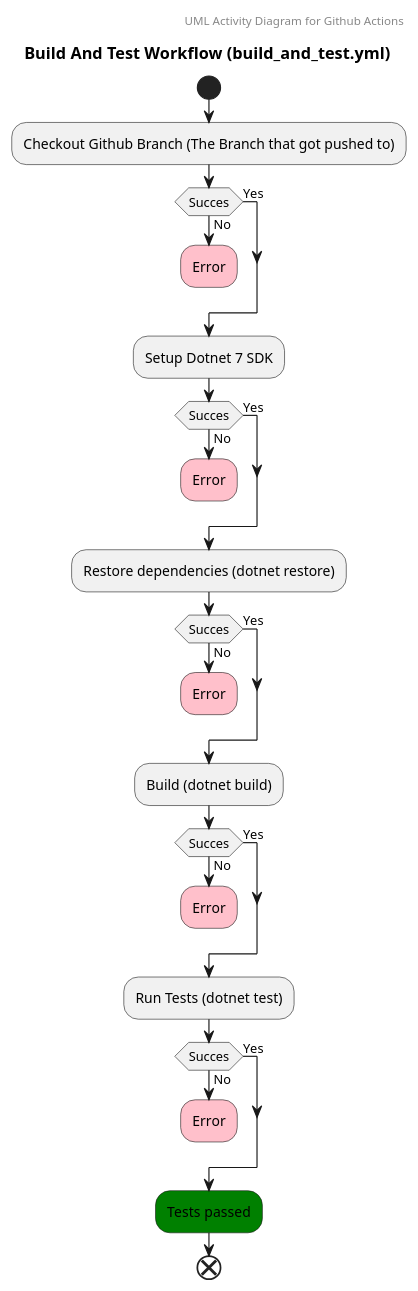
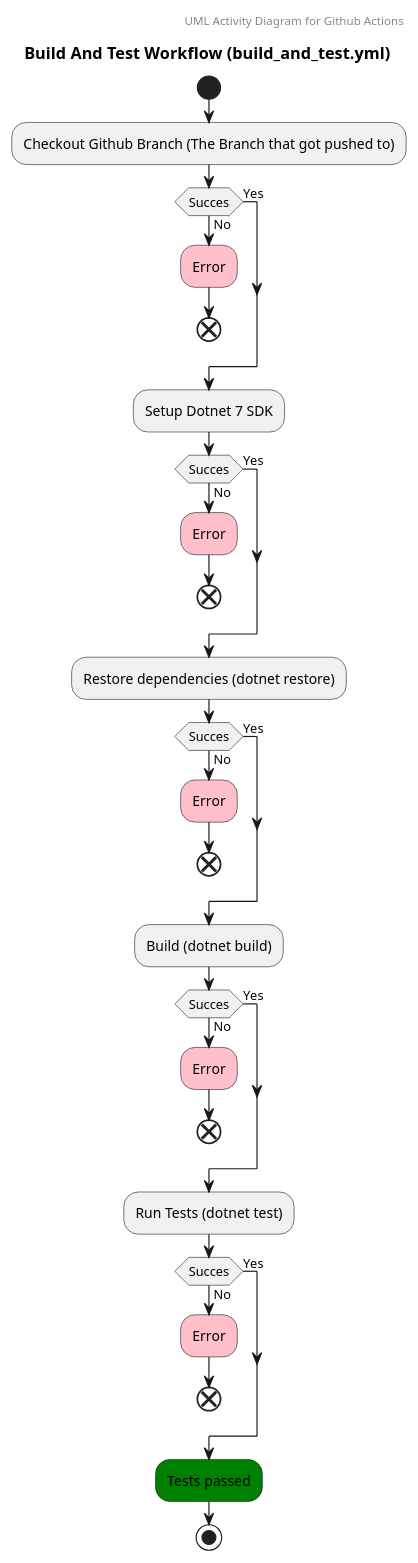
Before and after one commit to ITU-BDSA23-GROUP10/Chirp: the diagram in report_diagrams/UML_activity_diagrams/build_test_UML_act.puml, drawn with PlantUML. The commit also changed 4 other files, not shown here.

Commit message:
Added some more uml diagrams

```diff
--- a/report_diagrams/UML_activity_diagrams/build_test_UML_act.puml
+++ b/report_diagrams/UML_activity_diagrams/build_test_UML_act.puml
@@ -1,50 +1,50 @@
 @startuml
 header UML Activity Diagram for Github Actions
 title Build And Test Workflow (build_and_test.yml)
 start
 :Checkout Github Branch (The Branch that got pushed to);
 
 
 if(Succes) then (No)
     #pink:Error;
-    kill
+    end
 else (Yes)
 endif
 
 
 :Setup Dotnet 7 SDK;
 
 if(Succes) then (No)
     #pink:Error;
-    kill
+    end
 else (Yes)
 endif
 
 :Restore dependencies (dotnet restore);
 
 if(Succes) then (No)
     #pink:Error;
-    kill
+    end
 else (Yes)
 endif
 
 :Build (dotnet build);
 
 if(Succes) then (No)
     #pink:Error;
-    kill
+    end
 else (Yes)
 endif
 
 :Run Tests (dotnet test);
 
 if(Succes) then (No)
     #pink:Error;
-    kill
+    end
 else (Yes)
 endif
 
 #green:Tests passed;
 
-end
+stop
 @enduml
```
